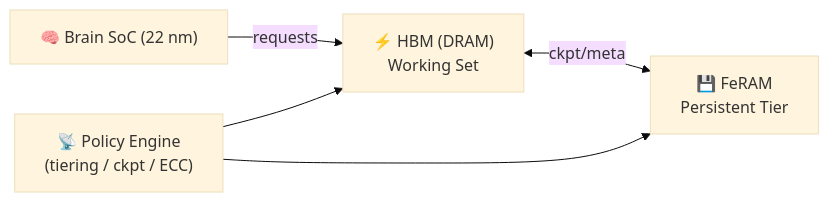
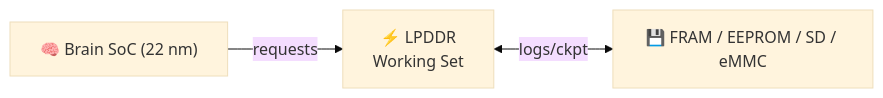
One commit to Samizo-AITL/AITL-H changed the first of 2 diagrams in PoC/humanoid/README.md. Above: the diagram before and after it, drawn with Mermaid (base theme). The commit also changed other lines of this file, not shown here.

````diff
--- a/PoC/humanoid/README.md
+++ b/PoC/humanoid/README.md
@@ -95,7 +100,5 @@
 ```mermaid
 flowchart LR
-  Brain["🧠 Brain SoC (22 nm)"] -->|requests| HBM["⚡ HBM (DRAM)<br/>Working Set"]
-  HBM <-->|ckpt/meta| FeRAM["💾 FeRAM<br/>Persistent Tier"]
-  PE["📡 Policy Engine<br/>(tiering / ckpt / ECC)"] --> HBM
-  PE --> FeRAM
+  Brain["🧠 Brain SoC (22 nm)"] -->|requests| LPDDR["⚡ LPDDR<br/>Working Set"]
+  LPDDR <-->|logs/ckpt| NVM["💾 FRAM / EEPROM / SD / eMMC"]
 ```
````
